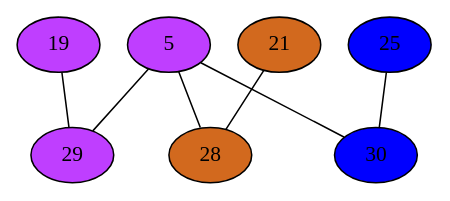
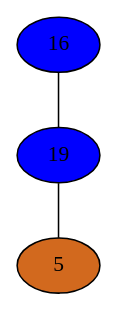
The diagram in Compiler/0phiGraph.dot (mbajaj92/Project-Astoria), drawn with Graphviz before and after one commit. The commit also changed 213 other files, not shown here.

```diff
--- a/Compiler/0phiGraph.dot
+++ b/Compiler/0phiGraph.dot
@@ -1,21 +1,9 @@
 strict graph {
-19[label="19" style=filled fillcolor="darkorchid1"];
-19 -- 29
-5[label="5" style=filled fillcolor="darkorchid1"];
-5 -- 28
-5 -- 29
-5 -- 30
-21[label="21" style=filled fillcolor="chocolate"];
-21 -- 28
-25[label="25" style=filled fillcolor="blue1"];
-25 -- 30
-28[label="28" style=filled fillcolor="chocolate"];
-28 -- 5
-28 -- 21
-29[label="29" style=filled fillcolor="darkorchid1"];
-29 -- 19
-29 -- 5
-30[label="30" style=filled fillcolor="blue1"];
-30 -- 5
-30 -- 25
+16[label="16" style=filled fillcolor="blue1"];
+16 -- 19
+19[label="19" style=filled fillcolor="blue1"];
+19 -- 16
+19 -- 5
+5[label="5" style=filled fillcolor="chocolate"];
+5 -- 19
 }
```
